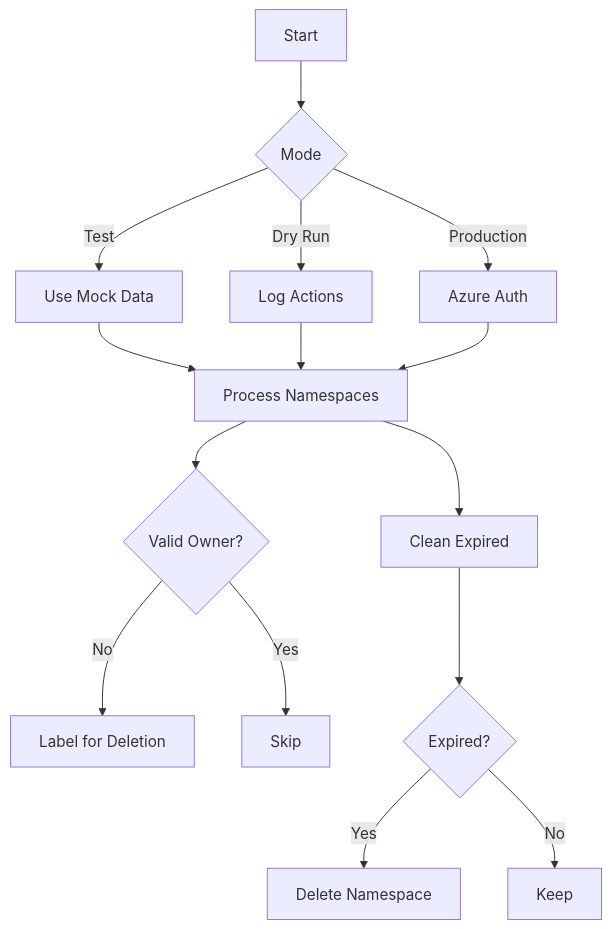
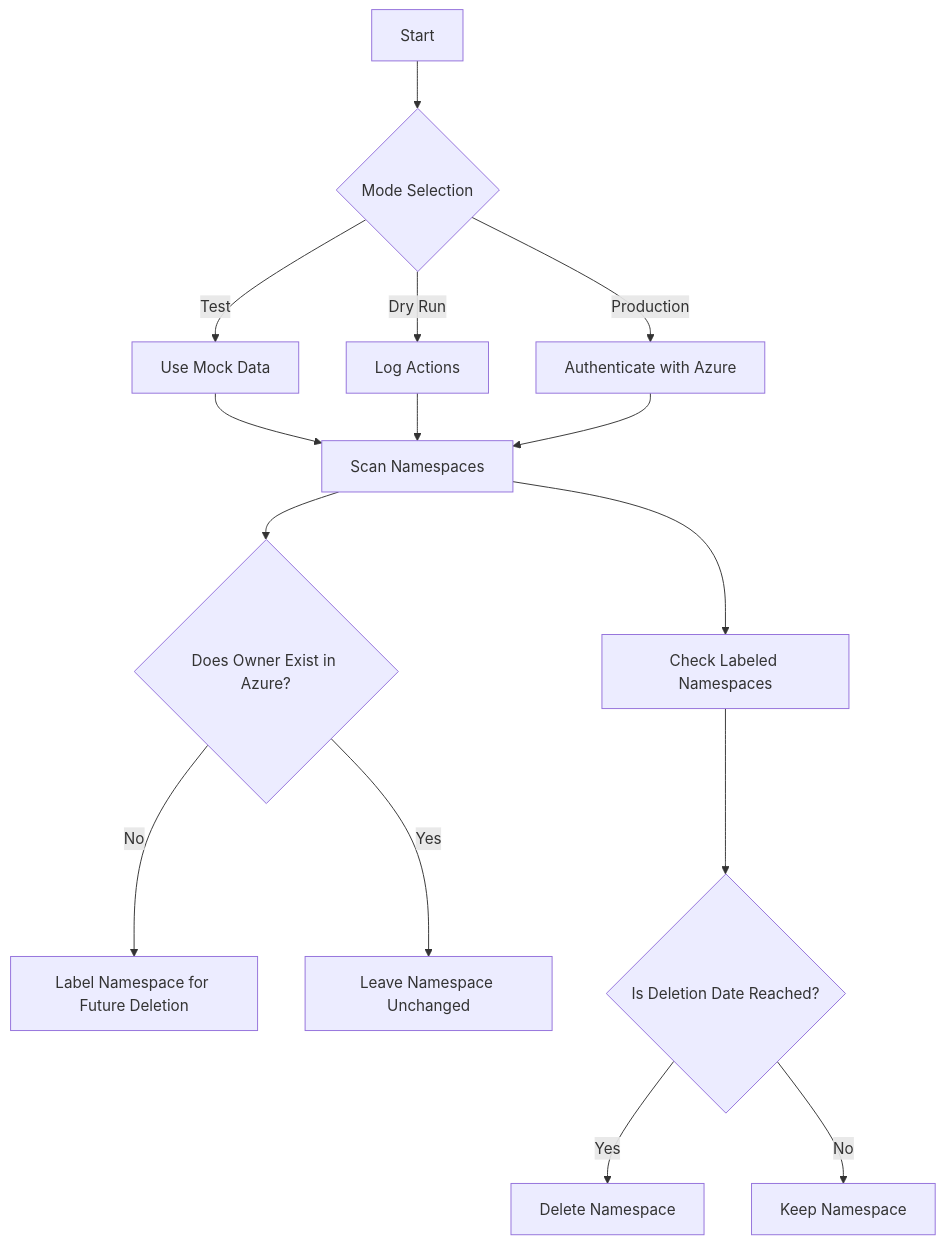
The first of 2 diagrams in README.md (bryanpaget/namespace-cleaner), drawn with Mermaid before and after one commit. The commit also changed other lines of this file and 4 other files, not shown here.

````diff
--- a/README.md
+++ b/README.md
@@ -5,15 +22,15 @@
 ```mermaid
 flowchart TD
-    A[Start] --> B{Mode}
+    A[Start] --> B{Mode Selection}
     B -->|Test| C[Use Mock Data]
     B -->|Dry Run| D[Log Actions]
-    B -->|Production| E[Azure Auth]
-    C & D & E --> F[Process Namespaces]
-    F --> G{Valid Owner?}
-    G -->|No| H[Label for Deletion]
-    G -->|Yes| I[Skip]
-    F --> J[Clean Expired]
-    J --> K{Expired?}
+    B -->|Production| E[Authenticate with Azure]
+    C & D & E --> F[Scan Namespaces]
+    F --> G{Does Owner Exist in Azure?}
+    G -->|No| H[Label Namespace for Future Deletion]
+    G -->|Yes| I[Leave Namespace Unchanged]
+    F --> J[Check Labeled Namespaces]
+    J --> K{Is Deletion Date Reached?}
     K -->|Yes| L[Delete Namespace]
-    K -->|No| M[Keep]
+    K -->|No| M[Keep Namespace]
 ```
````
